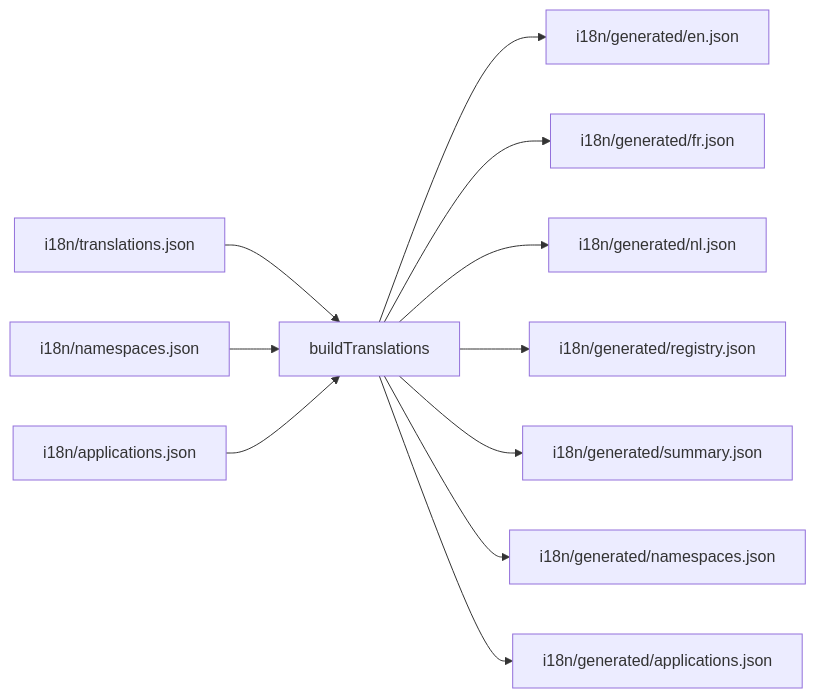
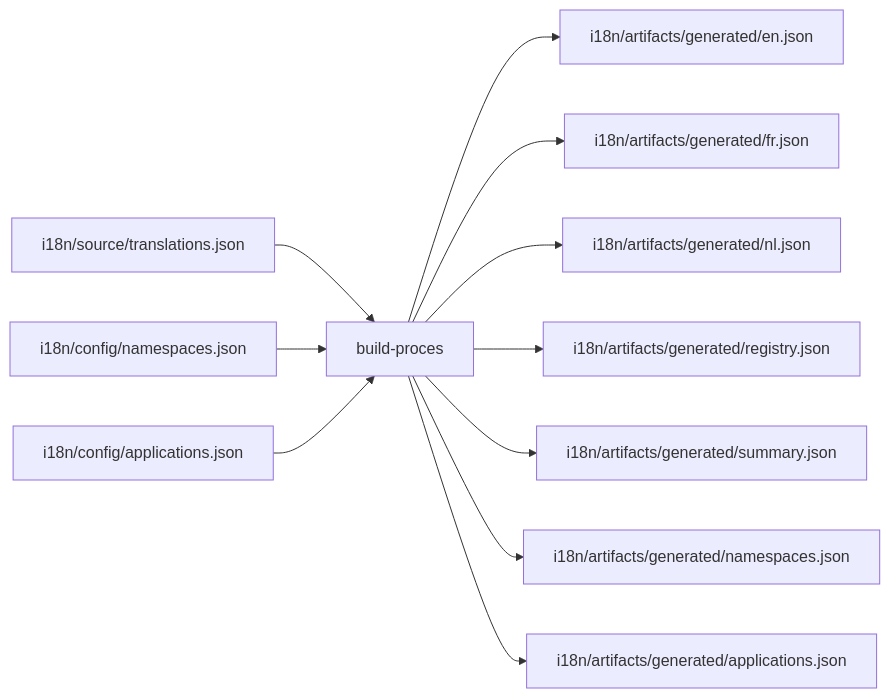
Before and after one commit to PRAxISDEVELOPMENT/mypraxis_translation_keys: the first of 4 diagrams in README.md, drawn with Mermaid. The commit also changed other lines of this file and 71 other files, not shown here.

````diff
--- a/README.md
+++ b/README.md
@@ -31,13 +35,13 @@
 ```mermaid
 flowchart LR
-    A[i18n/translations.json] --> D[buildTranslations]
-    B[i18n/namespaces.json] --> D
-    C[i18n/applications.json] --> D
-    D --> E[i18n/generated/en.json]
-    D --> F[i18n/generated/fr.json]
-    D --> G[i18n/generated/nl.json]
-    D --> H[i18n/generated/registry.json]
-    D --> I[i18n/generated/summary.json]
-    D --> J[i18n/generated/namespaces.json]
-    D --> K[i18n/generated/applications.json]
+    A[i18n/source/translations.json] --> B[build-proces]
+    C[i18n/config/namespaces.json] --> B
+    D[i18n/config/applications.json] --> B
+    B --> E[i18n/artifacts/generated/en.json]
+    B --> F[i18n/artifacts/generated/fr.json]
+    B --> G[i18n/artifacts/generated/nl.json]
+    B --> H[i18n/artifacts/generated/registry.json]
+    B --> I[i18n/artifacts/generated/summary.json]
+    B --> J[i18n/artifacts/generated/namespaces.json]
+    B --> K[i18n/artifacts/generated/applications.json]
 ```
````
